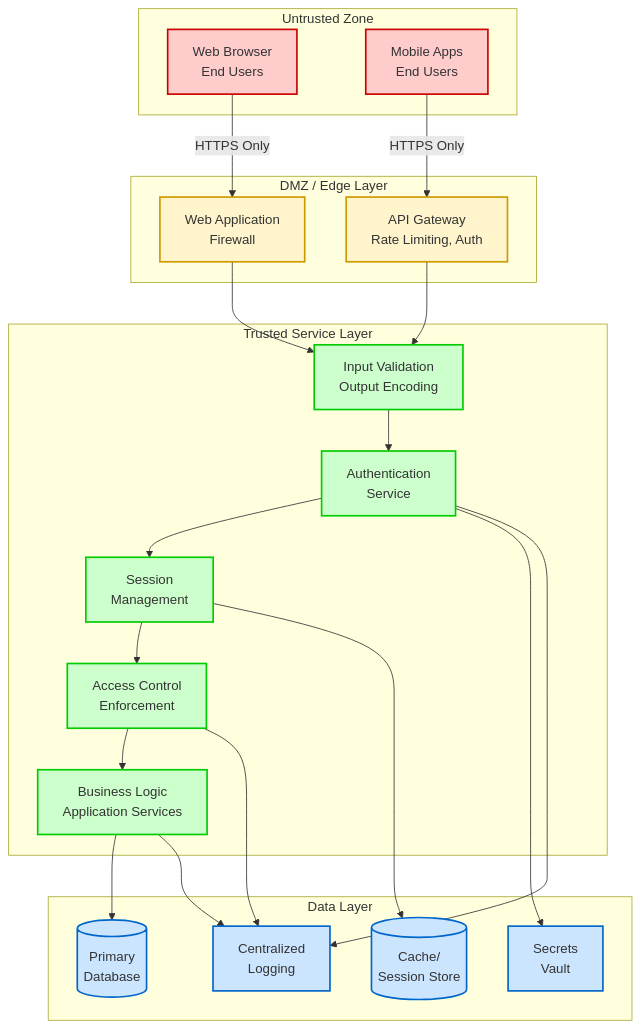
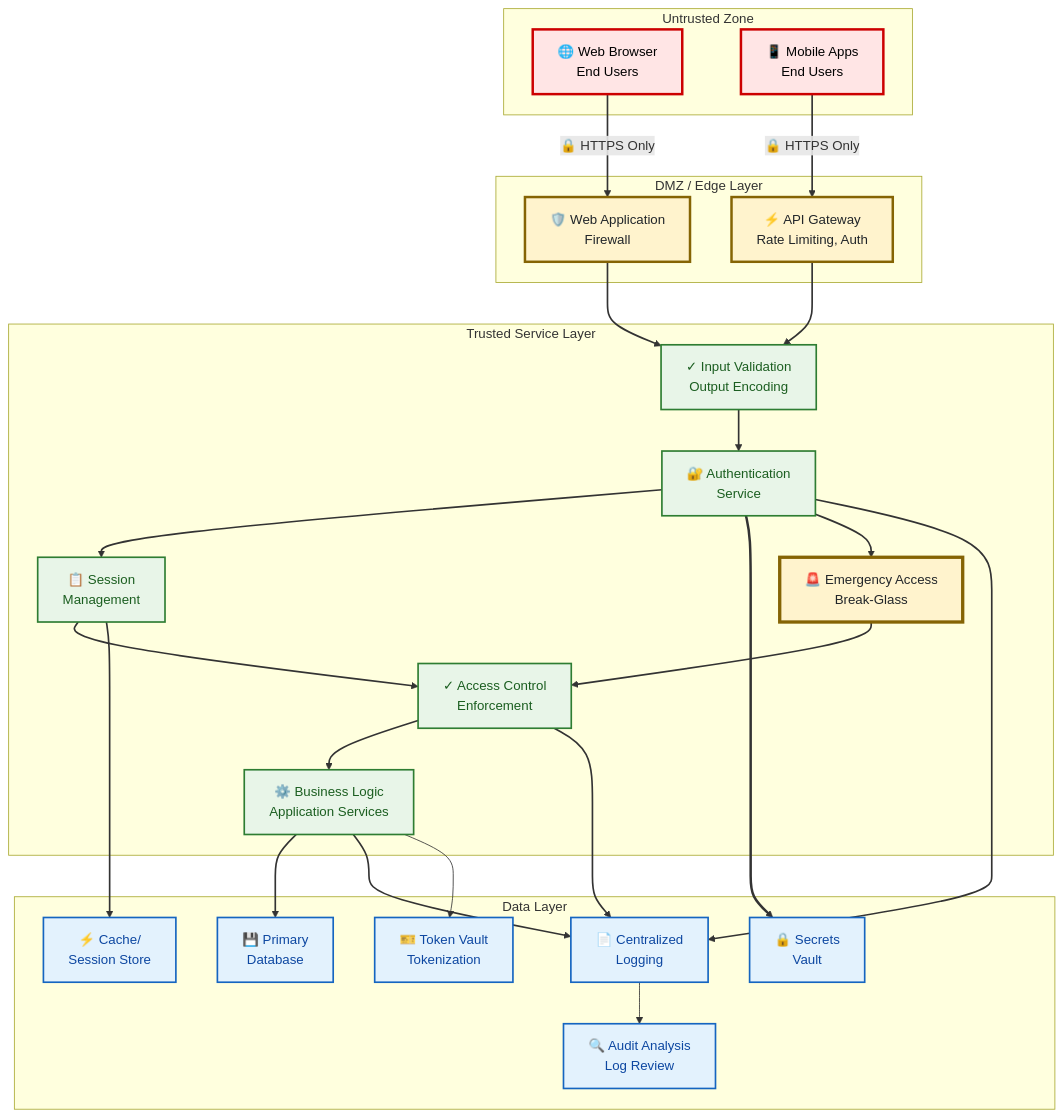
Before and after one commit to mhanyc/system_security_reqs: the diagram in README.md, drawn with Mermaid. The commit also changed other lines of this file and 2 other files, not shown here.

Commit message:
docs: final 2nd review pass, updates accessibility

````diff
--- a/README.md
+++ b/README.md
@@ -55,32 +55,40 @@
 ```mermaid
+%%{init: {'theme':'default', 'themeVariables': {'fontSize':'16px'}}}%%
 graph TB
+    %% Accessibility attributes
+    accTitle: "Vibrant Security Architecture"
+    accDescr: "Four-layer security architecture for 988 Lifeline: Untrusted Zone (Browser, Mobile), DMZ/Edge Layer (WAF, API Gateway), Trusted Service Layer (Authentication, Session Management, Access Control, Business Logic, Validation, Emergency Access), and Data Layer (Database, Cache, Secrets Vault, Centralized Logging, Audit Analysis, Token Vault). All communications use HTTPS. Emergency Access provides break-glass functionality for crisis intervention."
+
     subgraph "Untrusted Zone"
-        Browser[Web Browser<br/>End Users]
-        Mobile[Mobile Apps<br/>End Users]
+        Browser[🌐 Web Browser<br/>End Users]
+        Mobile[📱 Mobile Apps<br/>End Users]
     end
 
     subgraph "DMZ / Edge Layer"
-        WAF[Web Application<br/>Firewall]
-        API[API Gateway<br/>Rate Limiting, Auth]
+        WAF[🛡️ Web Application<br/>Firewall]
+        API[⚡ API Gateway<br/>Rate Limiting, Auth]
     end
 
     subgraph "Trusted Service Layer"
-        Auth[Authentication<br/>Service]
-        Session[Session<br/>Management]
-        Access[Access Control<br/>Enforcement]
-        BizLogic[Business Logic<br/>Application Services]
-        Validation[Input Validation<br/>Output Encoding]
+        Auth[🔐 Authentication<br/>Service]
+        Session[📋 Session<br/>Management]
+        Access[✓ Access Control<br/>Enforcement]
+        BizLogic[⚙️ Business Logic<br/>Application Services]
+        Validation[✓ Input Validation<br/>Output Encoding]
+        Emergency[🚨 Emergency Access<br/>Break-Glass]
     end
 
     subgraph "Data Layer"
-        DB[(Primary<br/>Database)]
-        Cache[(Cache/<br/>Session Store)]
-        Vault[Secrets<br/>Vault]
-        Logs[Centralized<br/>Logging]
+        DB[💾 Primary<br/>Database]
+        Cache[⚡ Cache/<br/>Session Store]
+        Vault[🔒 Secrets<br/>Vault]
+        Logs[📄 Centralized<br/>Logging]
+        Audit[🔍 Audit Analysis<br/>Log Review]
+        TokenVault[🎫 Token Vault<br/>Tokenization]
     end
 
-    Browser -->|HTTPS Only| WAF
-    Mobile -->|HTTPS Only| API
+    Browser -->|🔒 HTTPS Only| WAF
+    Mobile -->|🔒 HTTPS Only| API
     WAF --> Validation
     API --> Validation
     Validation --> Auth
@@ -89,18 +97,43 @@
     Access --> BizLogic
     BizLogic --> DB
     Auth --> Vault
+    Auth --> Emergency
+    Emergency --> Access
     Session --> Cache
     BizLogic --> Logs
     Auth --> Logs
     Access --> Logs
+    Logs --> Audit
+    BizLogic --> TokenVault
 
-    classDef untrusted fill:#ffcccc,stroke:#cc0000,stroke-width:2px
-    classDef dmz fill:#fff4cc,stroke:#cc9900,stroke-width:2px
-    classDef trusted fill:#ccffcc,stroke:#00cc00,stroke-width:2px
-    classDef data fill:#cce5ff,stroke:#0066cc,stroke-width:2px
+    %% High-contrast linkStyles for WCAG compliance
+    linkStyle 0 stroke:#333333,stroke-width:2px
+    linkStyle 1 stroke:#333333,stroke-width:2px
+    linkStyle 2 stroke:#333333,stroke-width:2px
+    linkStyle 3 stroke:#333333,stroke-width:2px
+    linkStyle 4 stroke:#333333,stroke-width:2px
+    linkStyle 5 stroke:#333333,stroke-width:2px
+    linkStyle 6 stroke:#333333,stroke-width:2px
+    linkStyle 7 stroke:#333333,stroke-width:2px
+    linkStyle 8 stroke:#333333,stroke-width:2px
+    linkStyle 9 stroke:#333333,stroke-width:3px
+    linkStyle 10 stroke:#333333,stroke-width:2px
+    linkStyle 11 stroke:#333333,stroke-width:2px
+    linkStyle 12 stroke:#333333,stroke-width:2px
+    linkStyle 13 stroke:#333333,stroke-width:2px
+    linkStyle 14 stroke:#333333,stroke-width:2px
+    linkStyle 15 stroke:#333333,stroke-width:2px
+
+    %% Standardized color palette with accessibility compliance
+    classDef untrusted fill:#ffe5e5,stroke:#cc0000,stroke-width:3px,color:#000000
+    classDef dmz fill:#fff3cd,stroke:#856404,stroke-width:3px,color:#212529
+    classDef trusted fill:#e8f5e8,stroke:#2e7d32,stroke-width:2px,color:#1b5e20
+    classDef data fill:#e3f2fd,stroke:#1565c0,stroke-width:2px,color:#0d47a1
+    classDef emergency fill:#fff3cd,stroke:#856404,stroke-width:4px,color:#212529
 
     class Browser,Mobile untrusted
     class WAF,API dmz
     class Auth,Session,Access,BizLogic,Validation trusted
-    class DB,Cache,Vault,Logs data
+    class Emergency emergency
+    class DB,Cache,Vault,Logs,Audit,TokenVault data
 ```
````
